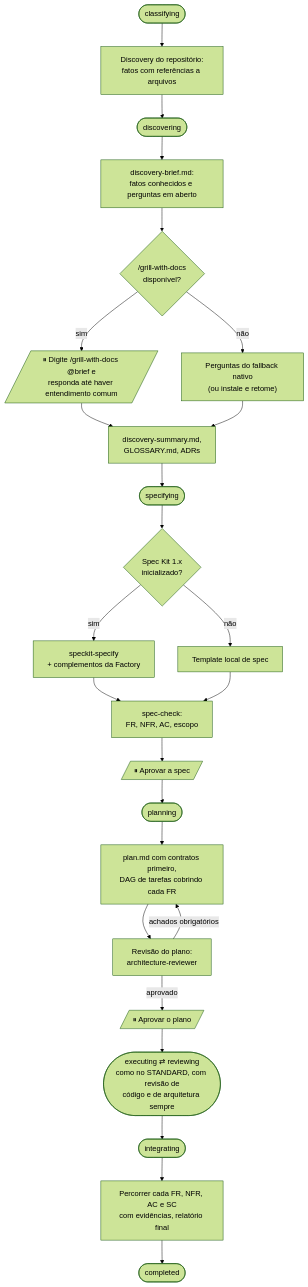
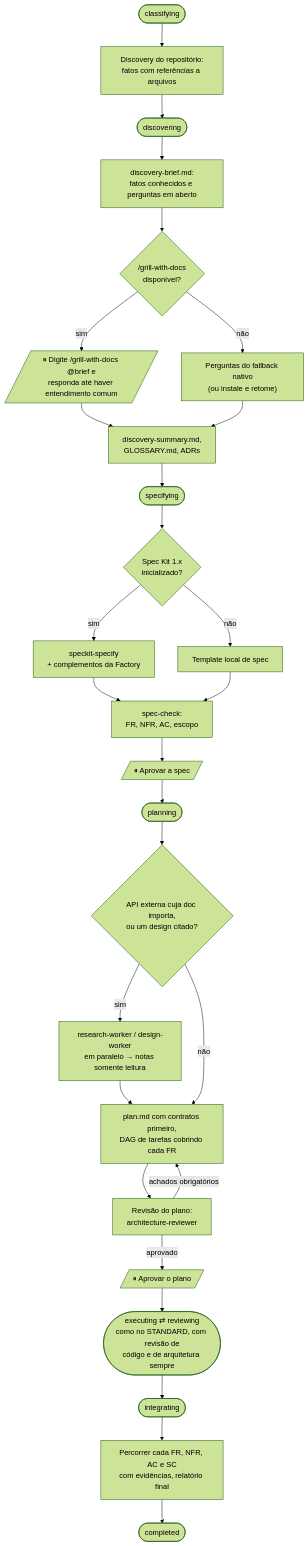
One commit to leoarkiteto/ai-software-factory-kit changed the fourth of 6 diagrams in docs/guide/workflows.pt-br.md. Above: the diagram before and after it, drawn with Mermaid (forest theme). The commit also changed other lines of this file and 17 other files, not shown here.

First line of the commit message:
Show the research and design workers in the diagrams

````diff
--- a/docs/guide/workflows.pt-br.md
+++ b/docs/guide/workflows.pt-br.md
@@ -96,27 +102,30 @@
 ```mermaid
 flowchart TD
     S(["classifying"]) --> RD["Discovery do repositório:<br/>fatos com referências a arquivos"]
     RD --> DI(["discovering"])
     DI --> BR["discovery-brief.md:<br/>fatos conhecidos e perguntas em aberto"]
     BR --> PV{"/grill-with-docs<br/>disponível?"}
     PV -- sim --> G[/"⏸ Digite /grill-with-docs @brief e<br/>responda até haver entendimento comum"/]
     PV -- não --> NF["Perguntas do fallback nativo<br/>(ou instale e retome)"]
     G --> DS["discovery-summary.md,<br/>GLOSSARY.md, ADRs"]
     NF --> DS
     DS --> SP(["specifying"])
     SP --> SV{"Spec Kit 1.x<br/>inicializado?"}
     SV -- sim --> SK["speckit-specify<br/>+ complementos da Factory"]
     SV -- não --> LS["Template local de spec"]
     SK --> SC["spec-check:<br/>FR, NFR, AC, escopo"]
     LS --> SC
     SC --> U1[/"⏸ Aprovar a spec"/]
     U1 --> PL(["planning"])
-    PL --> PP["plan.md com contratos primeiro,<br/>DAG de tarefas cobrindo cada FR"]
+    PL --> RQ{"API externa cuja doc importa,<br/>ou um design citado?"}
+    RQ -- sim --> RB["research-worker / design-worker<br/>em paralelo → notas somente leitura"]
+    RB --> PP
+    RQ -- não --> PP["plan.md com contratos primeiro,<br/>DAG de tarefas cobrindo cada FR"]
     PP --> PR["Revisão do plano:<br/>architecture-reviewer"]
     PR -- "achados obrigatórios" --> PP
     PR -- aprovado --> U2[/"⏸ Aprovar o plano"/]
     U2 --> EX(["executing ⇄ reviewing<br/>como no STANDARD, com revisão de<br/>código e de arquitetura sempre"])
     EX --> IN(["integrating"])
     IN --> V["Percorrer cada FR, NFR, AC e SC<br/>com evidências, relatório final"]
     V --> C(["completed"])
 ```
````
